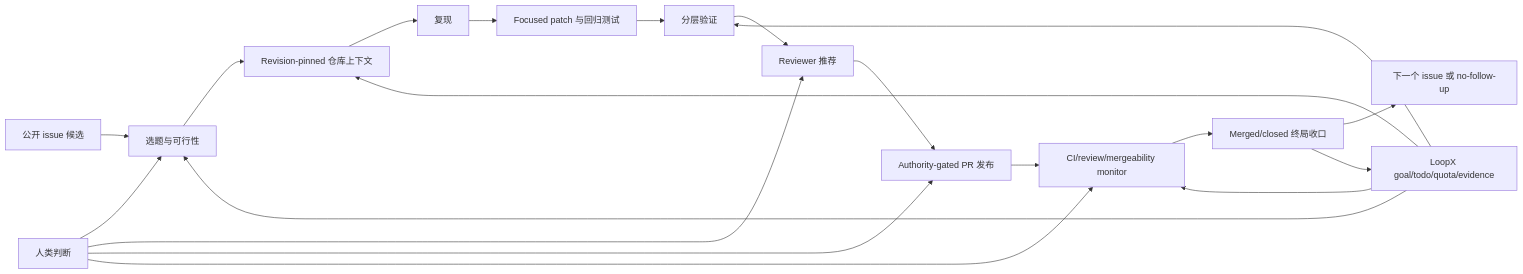
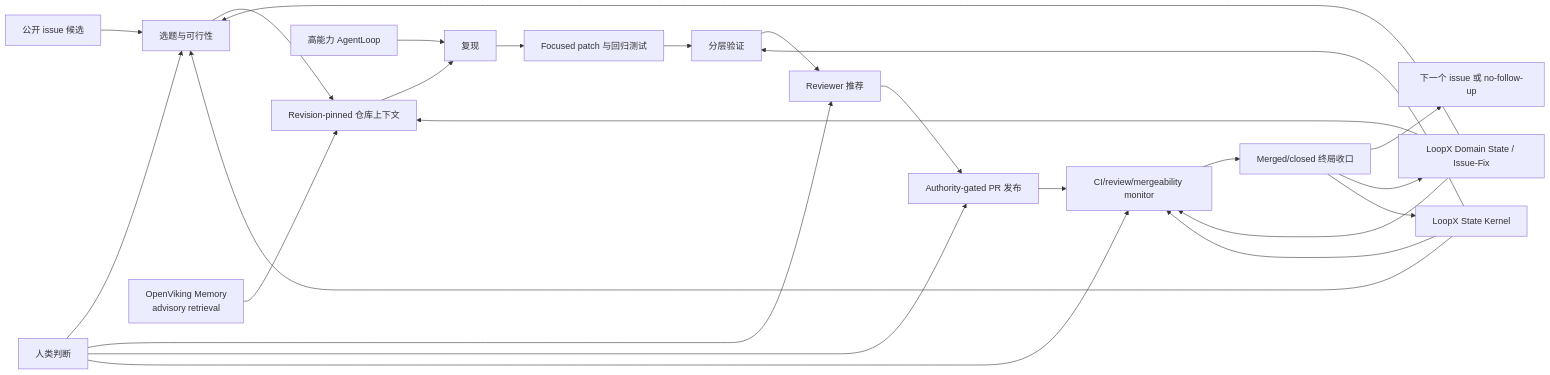
One commit to huangruiteng/goal-harness changed the second of 2 diagrams in docs/capabilities/issue-fix/README.zh-CN.md. Above: the diagram before and after it, drawn with Mermaid. The commit also changed other lines of this file, not shown here.

Commit message:
docs: explain the Issue-Fix four-layer architecture

````diff
--- a/docs/capabilities/issue-fix/README.zh-CN.md
+++ b/docs/capabilities/issue-fix/README.zh-CN.md
@@ -72,22 +120,27 @@
 ```mermaid
 flowchart LR
   I["公开 issue 候选"] --> S["选题与可行性"]
   S --> C["Revision-pinned 仓库上下文"]
+  OM["OpenViking Memory<br/>advisory retrieval"] --> C
   C --> R["复现"]
+  AL["高能力 AgentLoop"] --> R
   R --> F["Focused patch 与回归测试"]
   F --> V["分层验证"]
   V --> O["Reviewer 推荐"]
   O --> P["Authority-gated PR 发布"]
   P --> M["CI/review/mergeability monitor"]
   M --> T["Merged/closed 终局收口"]
   T --> N["下一个 issue 或 no-follow-up"]
   H["人类判断"] --> S
   H --> O
   H --> P
   H --> M
-  LX["LoopX goal/todo/quota/evidence"] --> S
-  LX --> C
-  LX --> V
-  LX --> M
-  T --> LX
+  DK["LoopX Domain State / Issue-Fix"] --> S
+  DK --> C
+  DK --> M
+  SK["LoopX State Kernel"] --> S
+  SK --> V
+  SK --> M
+  T --> DK
+  T --> SK
 ```
````
